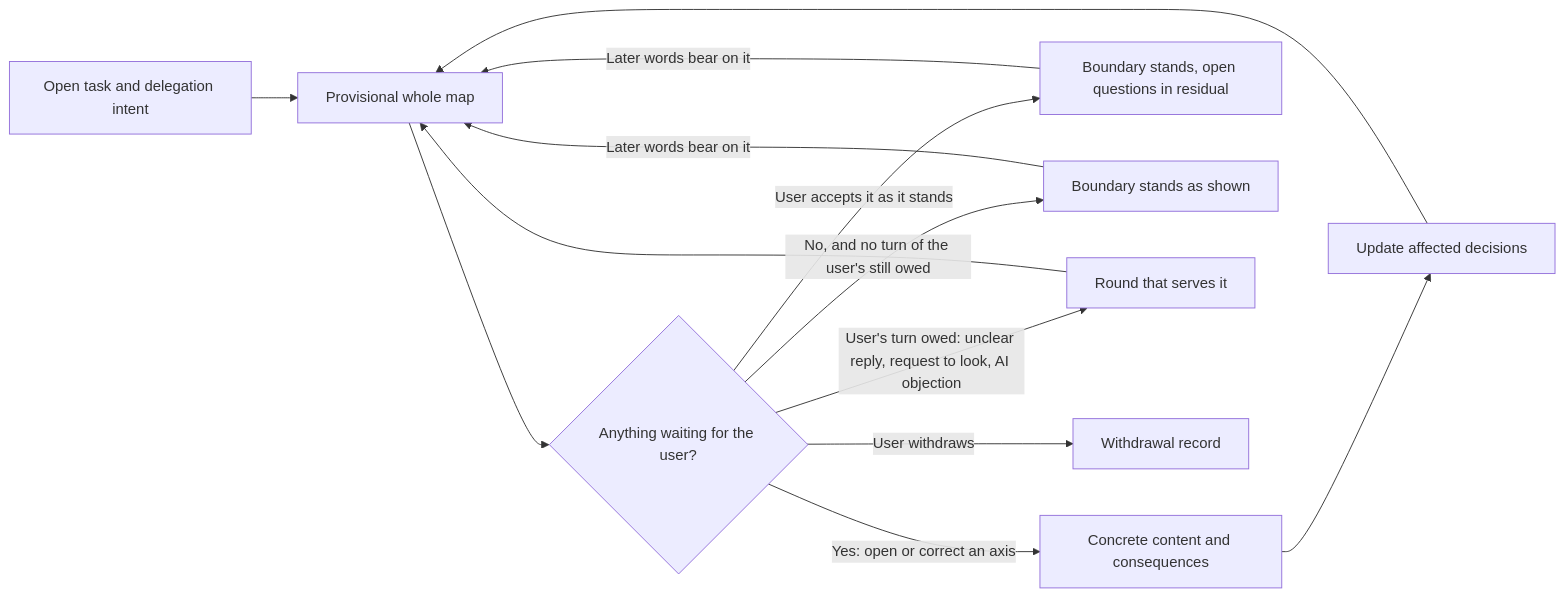
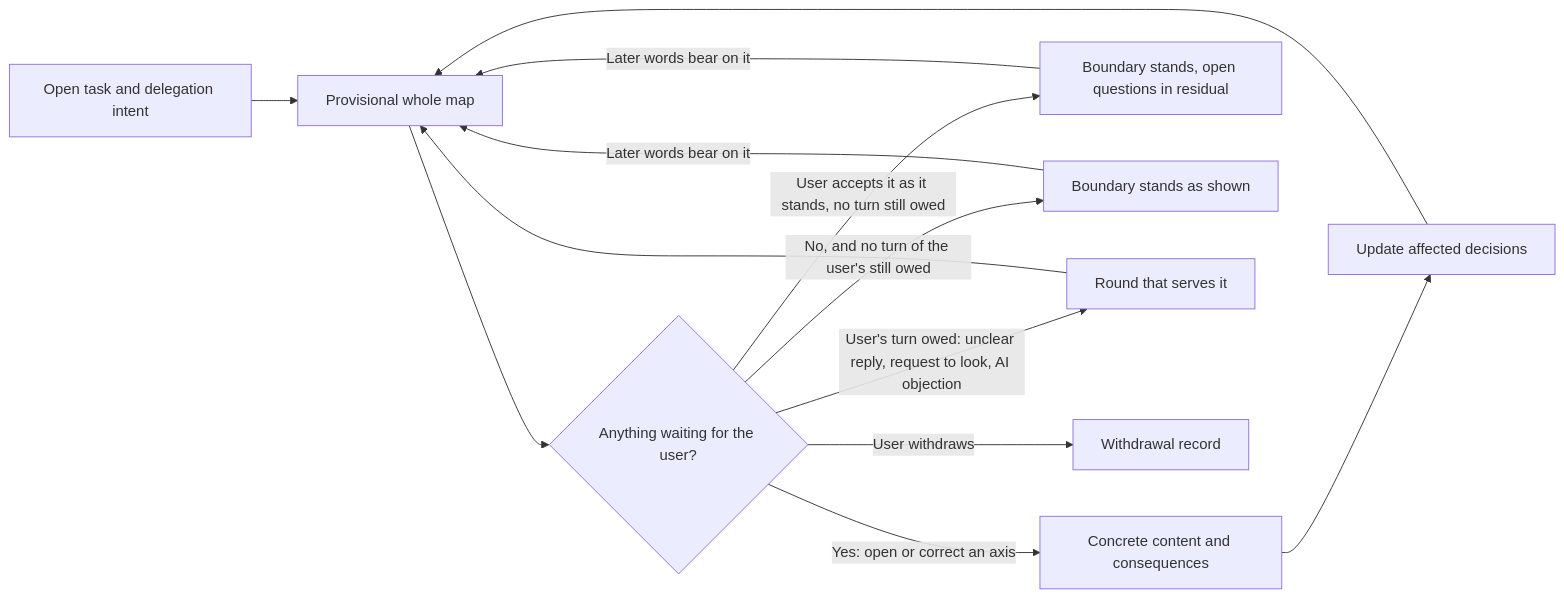
The diagram in horismos/README.md (jongwony/epistemic-protocols), drawn with Mermaid before and after one commit. The commit also changed other lines of this file and 4 other files, not shown here.

````diff
--- a/horismos/README.md
+++ b/horismos/README.md
@@ -9,15 +9,15 @@
 ```mermaid
 flowchart LR
     A[Open task and delegation intent] --> B[Provisional whole map]
     B --> C{Anything waiting for the user?}
     C -->|Yes: open or correct an axis| D[Concrete content and consequences]
     D --> E[Update affected decisions]
     E --> B
-    C -->|User accepts it as it stands| F[Boundary stands, open questions in residual]
+    C -->|User accepts it as it stands, no turn still owed| F[Boundary stands, open questions in residual]
     C -->|No, and no turn of the user's still owed| G[Boundary stands as shown]
     C -->|User's turn owed: unclear reply, request to look, AI objection| H[Round that serves it]
     H --> B
     C -->|User withdraws| W[Withdrawal record]
     F -->|Later words bear on it| B
     G -->|Later words bear on it| B
 ```
````
